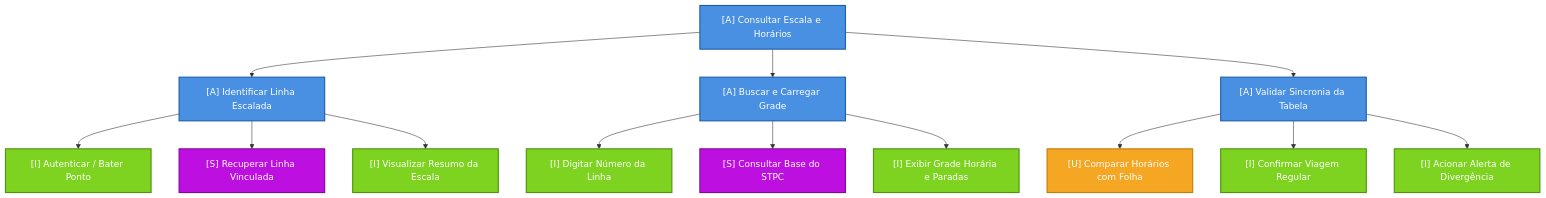
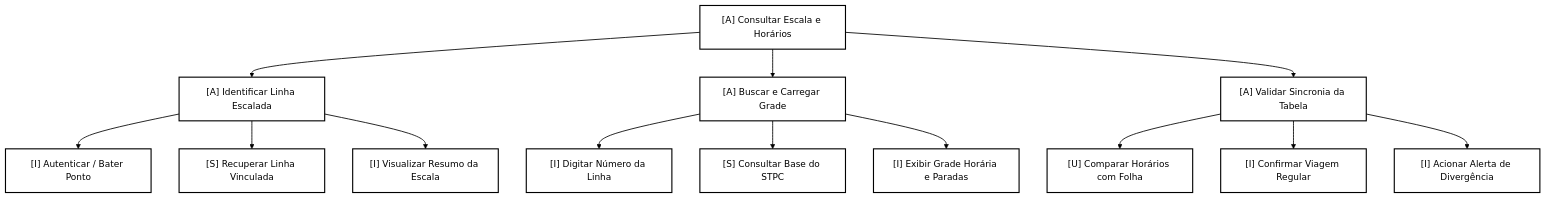
The third of 4 diagrams in docs/analise-de-requisitos/analise-de-tarefas/analise-hta-ctt-motorista.md (Interacao-Humano-Computador/2026.2-Grupo05), drawn with Mermaid before and after one commit. The commit also changed other lines of this file and 3 other files, not shown here.

Commit message:
docs: adicao da analise ausente e correcao dos diagramas coloridos

````diff
--- a/docs/analise-de-requisitos/analise-de-tarefas/analise-hta-ctt-motorista.md
+++ b/docs/analise-de-requisitos/analise-de-tarefas/analise-hta-ctt-motorista.md
@@ -344,38 +344,39 @@
 ```mermaid
 graph TD
-    classDef abstract fill:#4A90E2,stroke:#1D5FAD,stroke-width:2px,color:#fff;
-    classDef user fill:#F5A623,stroke:#C67D0A,stroke-width:2px,color:#fff;
-    classDef interactive fill:#7ED321,stroke:#4E930E,stroke-width:2px,color:#fff;
-    classDef system fill:#BD10E0,stroke:#84079E,stroke-width:2px,color:#fff;
+    classDef abstract fill:#ffffff,stroke:#000000,stroke-width:2px,color:#000000;
+    classDef user fill:#ffffff,stroke:#000000,stroke-width:2px,color:#000000;
+    classDef interactive fill:#ffffff,stroke:#000000,stroke-width:2px,color:#000000;
+    classDef system fill:#ffffff,stroke:#000000,stroke-width:2px,color:#000000;
+    linkStyle default stroke:#000000,stroke-width:1.5px;
 
     A0["[A] Consultar Escala e Horários"]:::abstract
     
     A1["[A] Identificar Linha Escalada"]:::abstract
     A2["[A] Buscar e Carregar Grade"]:::abstract
     A3["[A] Validar Sincronia da Tabela"]:::abstract
     
     A0 --> A1
     A0 --> A2
     A0 --> A3
     
     I11["[I] Autenticar / Bater Ponto"]:::interactive
     S12["[S] Recuperar Linha Vinculada"]:::system
     I13["[I] Visualizar Resumo da Escala"]:::interactive
     A1 --> I11
     A1 --> S12
     A1 --> I13
     
     I21["[I] Digitar Número da Linha"]:::interactive
     S22["[S] Consultar Base do STPC"]:::system
     I23["[I] Exibir Grade Horária e Paradas"]:::interactive
     A2 --> I21
     A2 --> S22
     A2 --> I23
     
     U31["[U] Comparar Horários com Folha"]:::user
     I32["[I] Confirmar Viagem Regular"]:::interactive
     I33["[I] Acionar Alerta de Divergência"]:::interactive
     A3 --> U31
     A3 --> I32
     A3 --> I33
 ```
````
